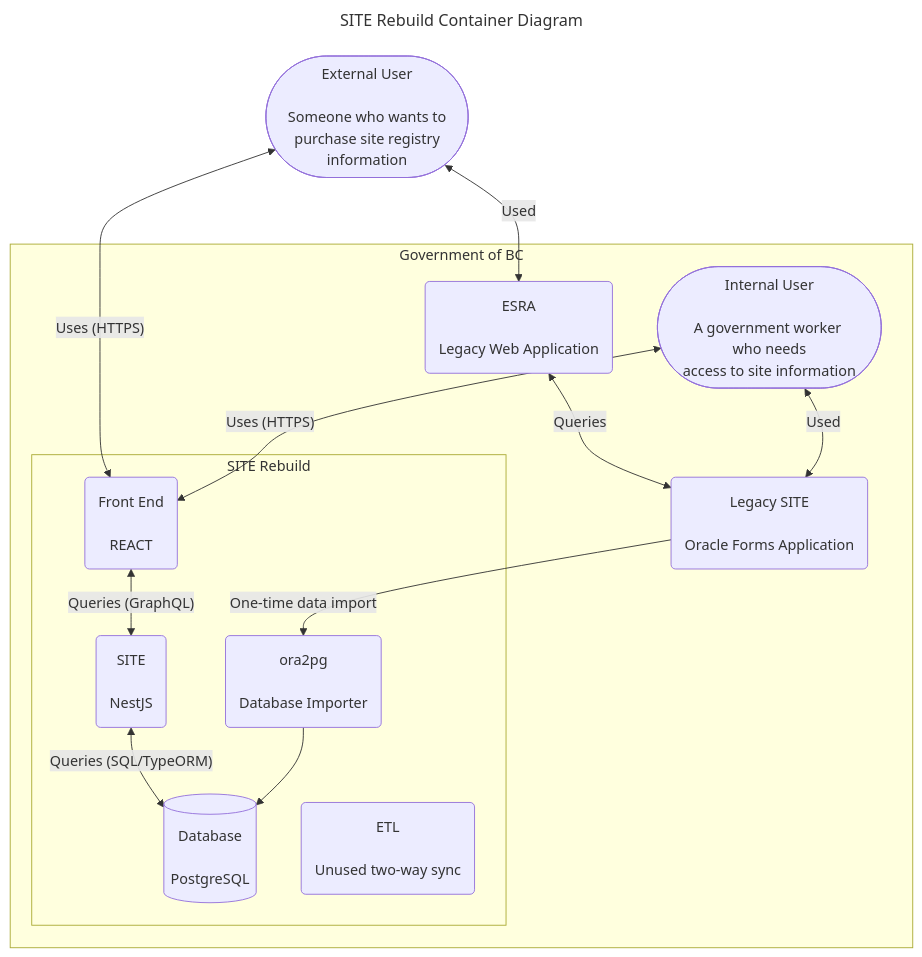
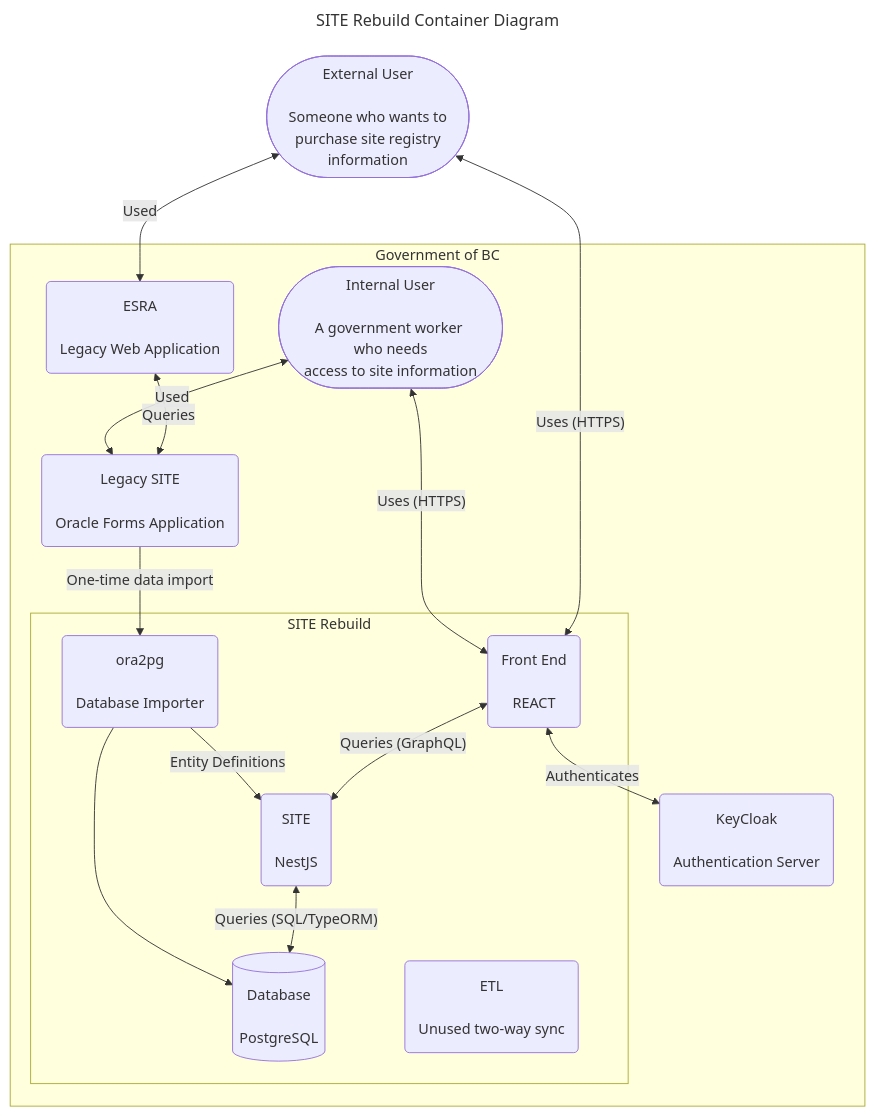
One commit to bcgov/nr-site-registry changed the second of 4 diagrams in ARCHITECTURE.md. Above: the diagram before and after it, drawn with Mermaid. The commit also changed other lines of this file, not shown here.

Commit message:
Add frontend and backend component diagrams to architecture

````diff
--- a/ARCHITECTURE.md
+++ b/ARCHITECTURE.md
@@ -34,36 +32,36 @@
 ```mermaid
 ---
 title: SITE Rebuild Container Diagram
 ---
 flowchart TB
   accTitle: SITE Rebuild Container Diagram
   accDescr: This diagram details the individual services that make up the SITE Rebuild.
 
   ExtUser(["External User<br /><br />Someone who wants to<br />purchase site registry<br />information"])
-
   subgraph "Government of BC"
+    IntUser(["Internal User<br /><br />A government worker who needs<br />access to site information"])
     subgraph "SITE Rebuild"
       Site("SITE<br /><br />NestJS")
       FrontEnd("Front End<br /><br />REACT")
       SiteDb[("Database<br /><br />PostgreSQL")]
       Etl("ETL<br /><br />Unused two-way sync")
       Ora2Pg("ora2pg<br /><br />Database Importer")
 
       FrontEnd <--"Queries (GraphQL)"--> Site
-      Site <--"Queries (SQL/TypeORM)"-->SiteDb
+      Site <--"Queries (SQL/TypeORM)"--> SiteDb
+      Ora2Pg --"Entity Definitions"--> Site
     end
-
     Esra("ESRA<br /><br />Legacy Web Application")
     Legacy("Legacy SITE<br /><br />Oracle Forms Application")
-    IntUser(["Internal User<br /><br />A government worker who needs<br />access to site information"])
-    
+    KeyCloak("KeyCloak<br /><br />Authentication Server")
+
+    FrontEnd <--"Authenticates"--> KeyCloak
     Legacy --"One-time data import"--> Ora2Pg --> SiteDb
-
   end
 
   ExtUser <--"Uses (HTTPS)"--> FrontEnd
   ExtUser <--"Used"--> Esra
   Esra <--"Queries"--> Legacy
   IntUser <--"Used"--> Legacy
   IntUser <--"Uses (HTTPS)"--> FrontEnd
 ```
````
